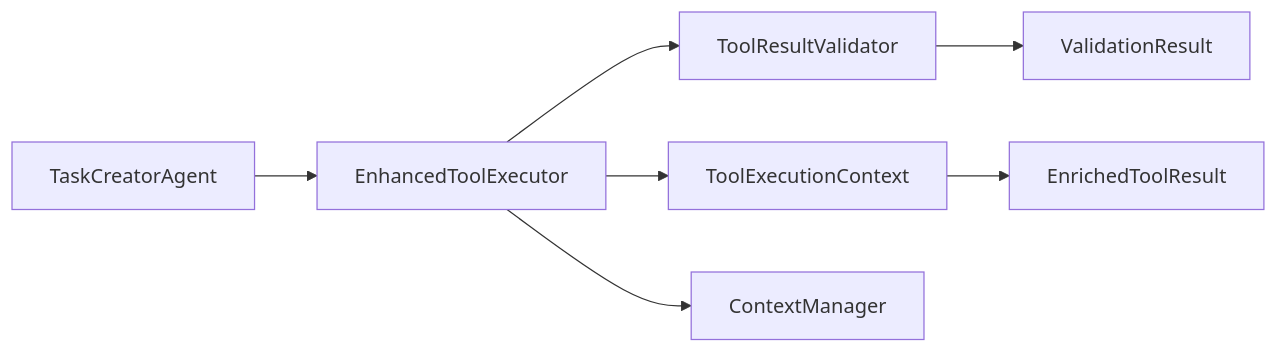
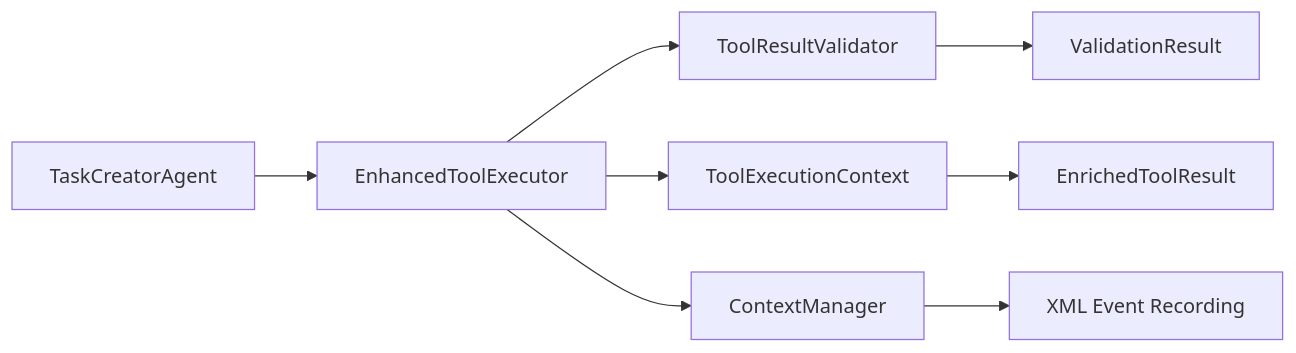
The sixth of 6 diagrams in docs/ARCHITECTURE.md (shomrkm/shochan_ai), drawn with Mermaid before and after one commit. The commit also changed other lines of this file and 2 other files, not shown here.

````diff
--- a/docs/ARCHITECTURE.md
+++ b/docs/ARCHITECTURE.md
@@ -275,9 +317,10 @@
 ```mermaid
 graph LR
     A[TaskCreatorAgent] --> B[EnhancedToolExecutor]
     B --> C[ToolResultValidator] 
     B --> D[ToolExecutionContext]
     B --> E[ContextManager]
     C --> F[ValidationResult]
     D --> G[EnrichedToolResult]
+    E --> H[XML Event Recording]
 ```
````
